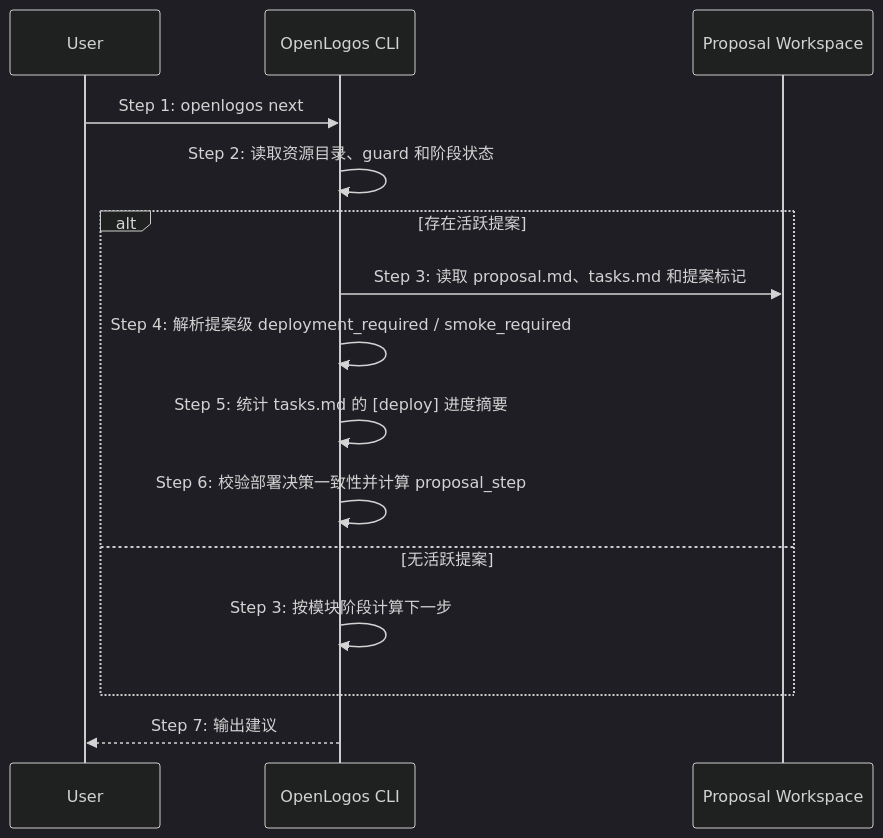
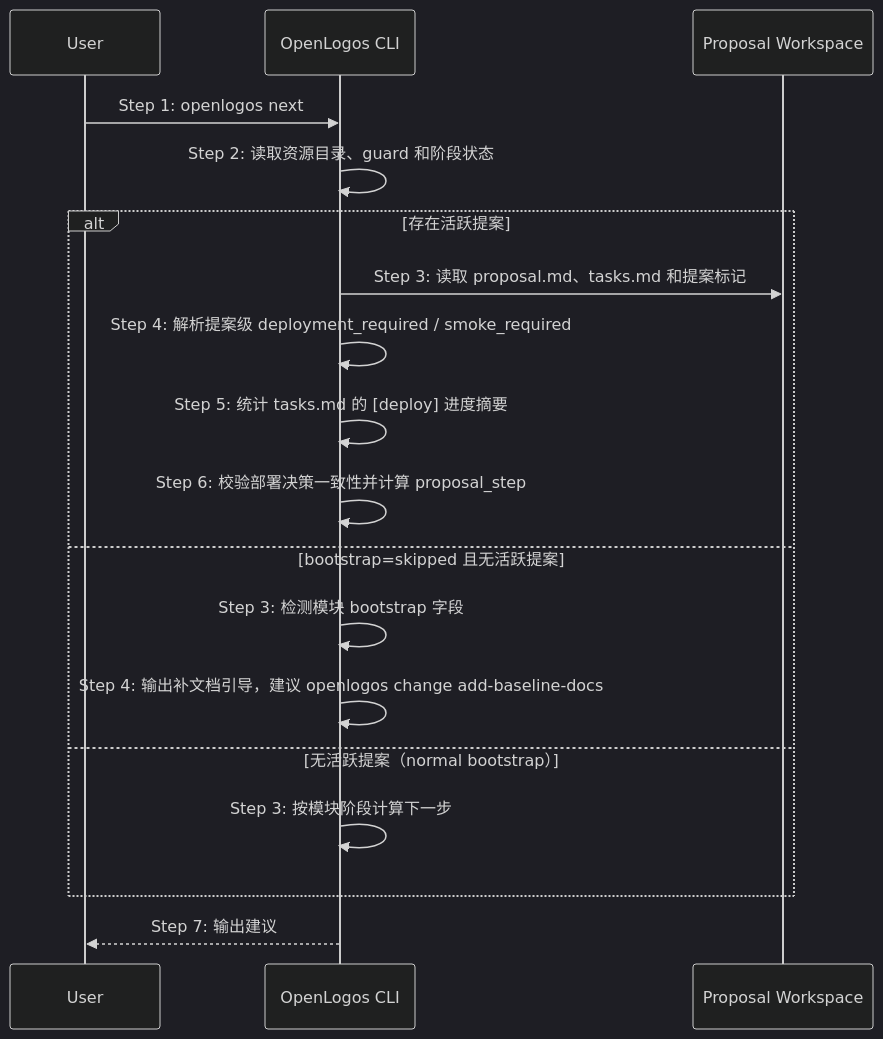
Before and after one commit to miniidealab/openlogos: the diagram in logos/resources/prd/3-technical-plan/2-scenario-implementation/core-S05-next-guidance.md, drawn with Mermaid (dark theme). The commit also changed other lines of this file and 15 other files, not shown here.

````diff
--- a/logos/resources/prd/3-technical-plan/2-scenario-implementation/core-S05-next-guidance.md
+++ b/logos/resources/prd/3-technical-plan/2-scenario-implementation/core-S05-next-guidance.md
@@ -3,18 +3,21 @@
 ```mermaid
 sequenceDiagram
     participant U as User
     participant C as OpenLogos CLI
     participant P as Proposal Workspace
 
     U->>C: Step 1: openlogos next
     C->>C: Step 2: 读取资源目录、guard 和阶段状态
     alt 存在活跃提案
         C->>P: Step 3: 读取 proposal.md、tasks.md 和提案标记
         C->>C: Step 4: 解析提案级 deployment_required / smoke_required
         C->>C: Step 5: 统计 tasks.md 的 [deploy] 进度摘要
         C->>C: Step 6: 校验部署决策一致性并计算 proposal_step
-    else 无活跃提案
+    else bootstrap=skipped 且无活跃提案
+        C->>C: Step 3: 检测模块 bootstrap 字段
+        C->>C: Step 4: 输出补文档引导，建议 openlogos change add-baseline-docs
+    else 无活跃提案（normal bootstrap）
         C->>C: Step 3: 按模块阶段计算下一步
     end
     C-->>U: Step 7: 输出建议
 ```
````
